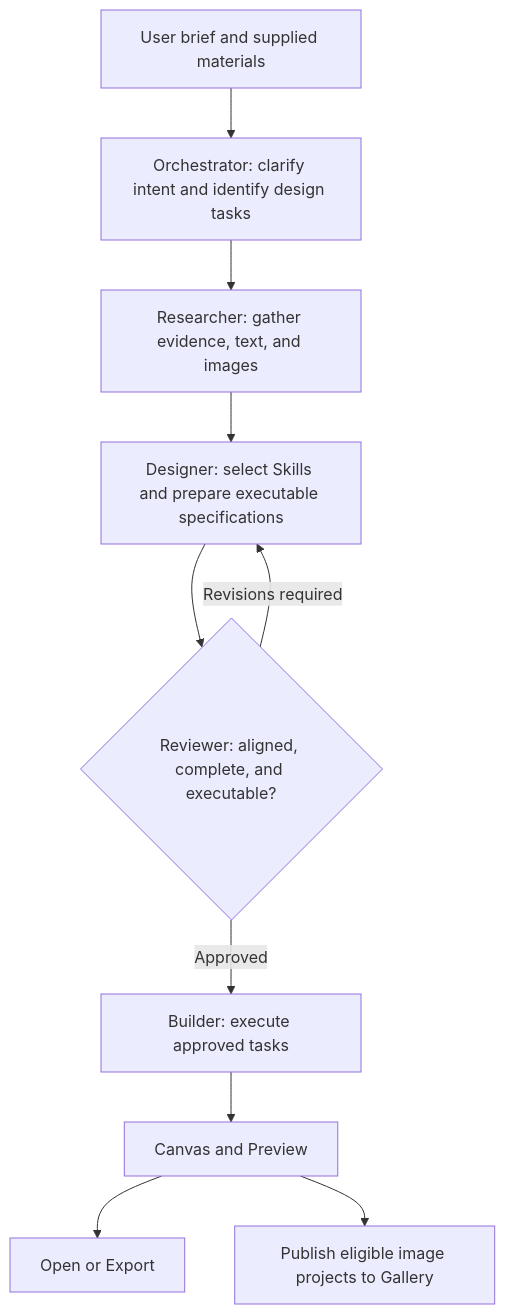
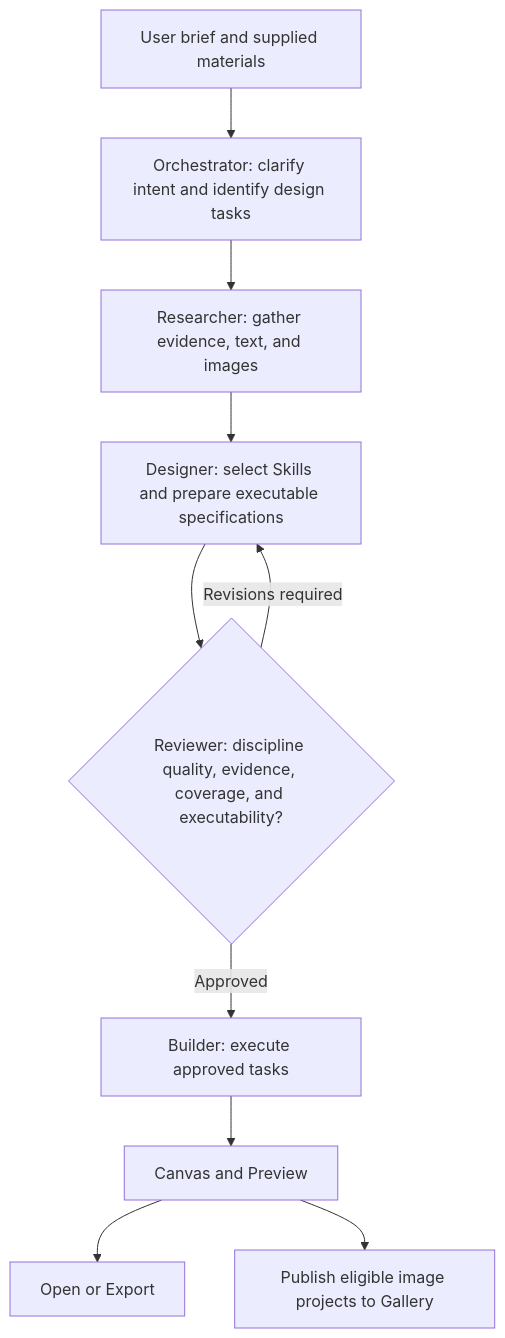
Before and after one commit to idvxlab/Dreamatic: the second of 2 diagrams in README.md, drawn with Mermaid. The commit also changed other lines of this file and 19 other files, not shown here.

````diff
--- a/README.md
+++ b/README.md
@@ -68,12 +145,12 @@
 ```mermaid
 flowchart TD
     User["User brief and supplied materials"] --> O["Orchestrator: clarify intent and identify design tasks"]
     O --> R["Researcher: gather evidence, text, and images"]
     R --> D["Designer: select Skills and prepare executable specifications"]
-    D --> V{"Reviewer: aligned, complete, and executable?"}
+    D --> V{"Reviewer: discipline quality, evidence, coverage, and executability?"}
     V -->|Revisions required| D
     V -->|Approved| B["Builder: execute approved tasks"]
     B --> P["Canvas and Preview"]
     P --> E["Open or Export"]
     P --> G["Publish eligible image projects to Gallery"]
 ```
````
